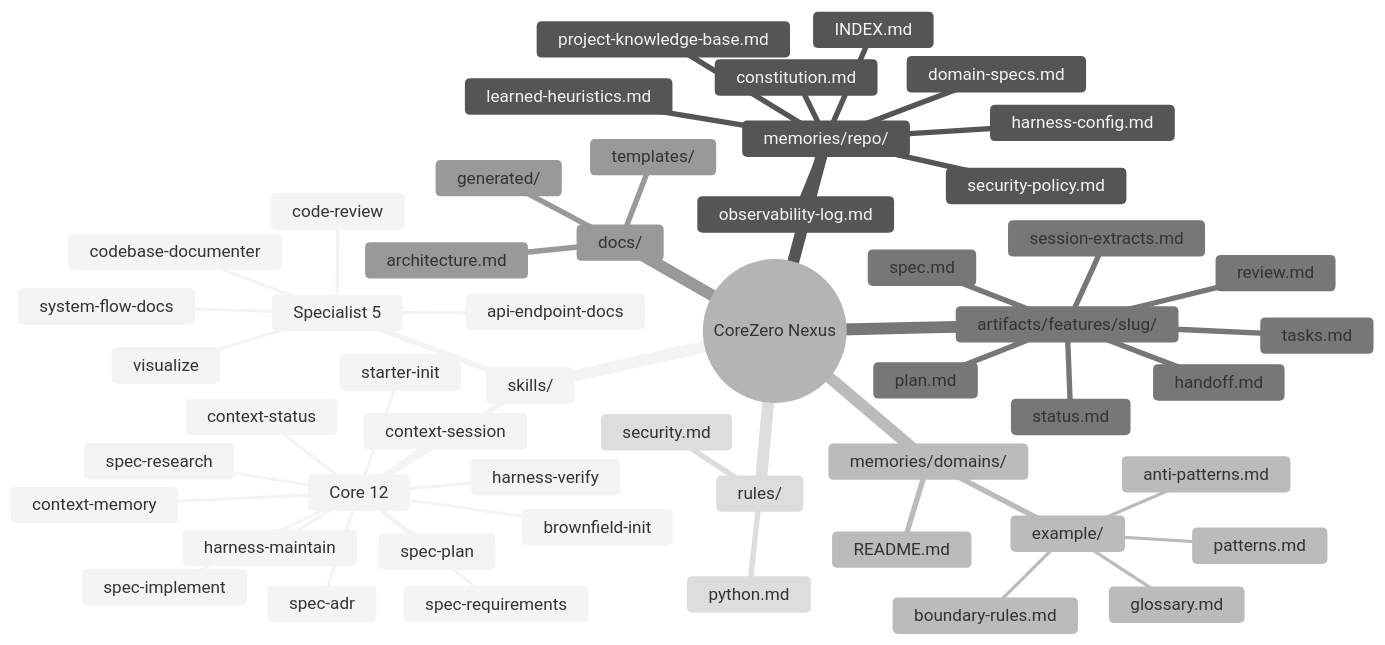
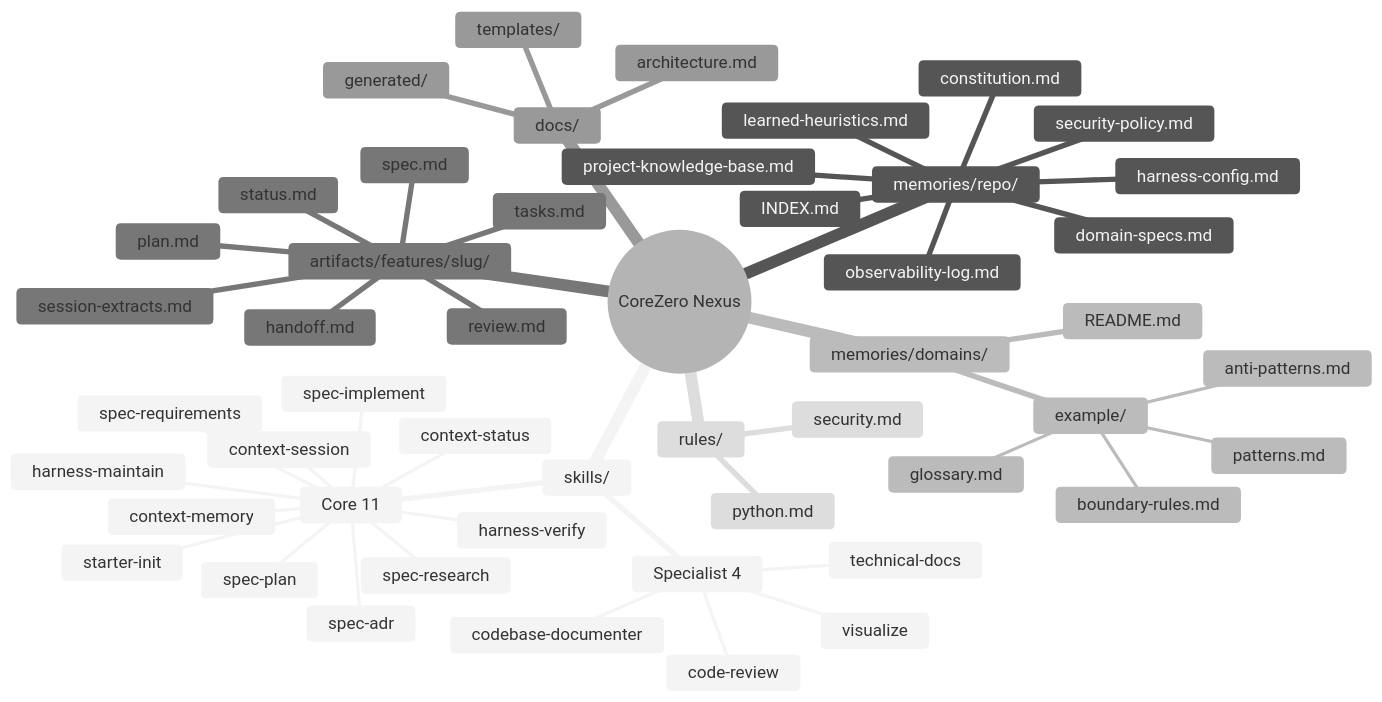
The first of 2 diagrams in documents/architecture.md (thaihai-swe/CoreZero-Nexus), drawn with Mermaid (neutral theme) before and after one commit. The commit also changed other lines of this file and 66 other files, not shown here.

````diff
--- a/documents/architecture.md
+++ b/documents/architecture.md
@@ -200,55 +200,53 @@
 ```mermaid
 mindmap
   root((CoreZero Nexus))
     skills/
-      Core 12
-        brownfield-init
+      Core 11
         starter-init
         context-session
         context-status
         context-memory
         spec-research
         spec-requirements
         spec-adr
         spec-plan
         spec-implement
         harness-verify
         harness-maintain
-      Specialist 5
+      Specialist 4
         code-review
         visualize
         codebase-documenter
-        system-flow-docs
-        api-endpoint-docs
+        technical-docs
     memories/repo/
       INDEX.md
       constitution.md
       security-policy.md
       harness-config.md
       project-knowledge-base.md
       domain-specs.md
       learned-heuristics.md
       observability-log.md
     memories/domains/
       README.md
       example/
         glossary.md
         patterns.md
         anti-patterns.md
         boundary-rules.md
     artifacts/features/slug/
       status.md
       spec.md
       plan.md
       tasks.md
       review.md
       handoff.md
       session-extracts.md
     docs/
       architecture.md
       templates/
       generated/
     rules/
       python.md
       security.md
 ```
````
